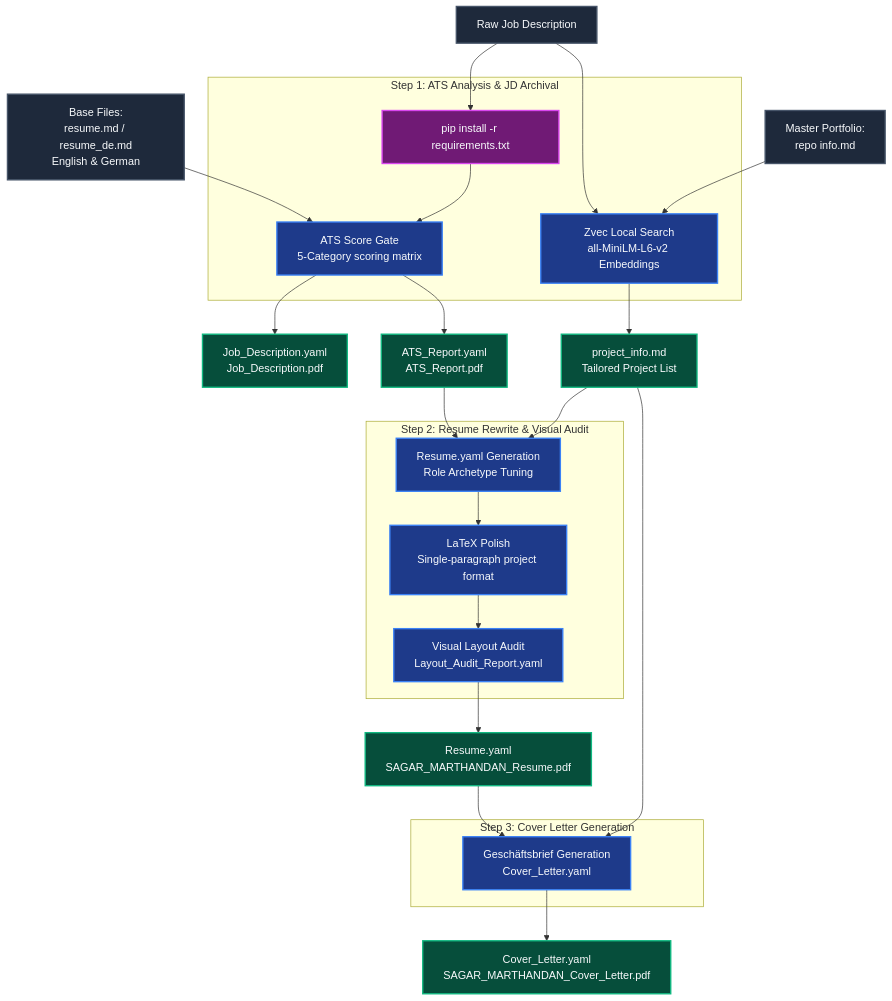
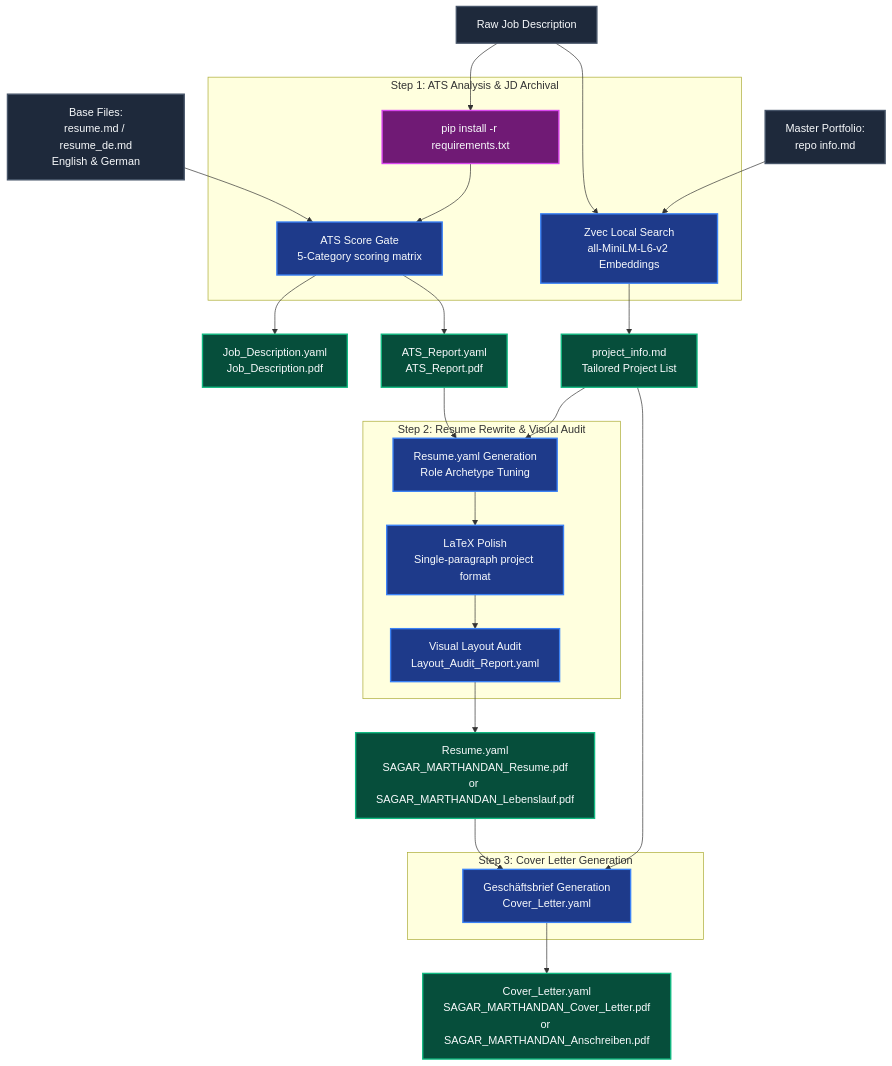
One commit to SagarMarthandan/yaml-cv-pipeline changed the diagram in README.md. Above: the diagram before and after it, drawn with Mermaid. The commit also changed other lines of this file and 10 other files, not shown here.

````diff
--- a/README.md
+++ b/README.md
@@ -11,56 +11,56 @@
 ```mermaid
 graph TD
     %% Base Styling
     classDef input fill:#1e293b,stroke:#475569,stroke-width:2px,color:#f8fafc;
     classDef processing fill:#1e3a8a,stroke:#3b82f6,stroke-width:2px,color:#f8fafc;
     classDef output fill:#064e3b,stroke:#10b981,stroke-width:2px,color:#f8fafc;
     classDef system fill:#701a75,stroke:#d946ef,stroke-width:2px,color:#f8fafc;
 
     %% Elements
     JD[Raw Job Description]:::input
     BaseFiles[Base Files:<br>resume.md / resume_de.md<br>English & German]:::input
     RepoInfo[Master Portfolio:<br>repo info.md]:::input
 
     subgraph Step1 [Step 1: ATS Analysis & JD Archival]
         Deps[pip install -r requirements.txt]:::system
         ATS[ATS Score Gate<br>5-Category scoring matrix]:::processing
         Zvec[Zvec Local Search<br>all-MiniLM-L6-v2 Embeddings]:::processing
     end
 
     subgraph Step2 [Step 2: Resume Rewrite & Visual Audit]
         Rewrite[Resume.yaml Generation<br>Role Archetype Tuning]:::processing
         LaTeX[LaTeX Polish<br>Single-paragraph project format]:::processing
         Audit[Visual Layout Audit<br>Layout_Audit_Report.yaml]:::processing
     end
 
     subgraph Step3 [Step 3: Cover Letter Generation]
         CL[Geschäftsbrief Generation<br>Cover_Letter.yaml]:::processing
     end
 
     %% Pipeline Outputs
     OutJD[Job_Description.yaml<br>Job_Description.pdf]:::output
     OutATS[ATS_Report.yaml<br>ATS_Report.pdf]:::output
     OutProj[project_info.md<br>Tailored Project List]:::output
-    OutRes[Resume.yaml<br>SAGAR_MARTHANDAN_Resume.pdf]:::output
-    OutCL[Cover_Letter.yaml<br>SAGAR_MARTHANDAN_Cover_Letter.pdf]:::output
+    OutRes[Resume.yaml<br>SAGAR_MARTHANDAN_Resume.pdf<br>or SAGAR_MARTHANDAN_Lebenslauf.pdf]:::output
+    OutCL[Cover_Letter.yaml<br>SAGAR_MARTHANDAN_Cover_Letter.pdf<br>or SAGAR_MARTHANDAN_Anschreiben.pdf]:::output
 
     %% Flow Connections
     JD --> Deps
     Deps --> ATS
     BaseFiles --> ATS
     
     RepoInfo --> Zvec
     JD --> Zvec
     
     ATS --> OutATS
     ATS --> OutJD
     Zvec --> OutProj
     
     OutProj & OutATS --> Rewrite
     Rewrite --> LaTeX
     LaTeX --> Audit
     Audit --> OutRes
     
     OutProj & OutRes --> CL
     CL --> OutCL
 ```
````
